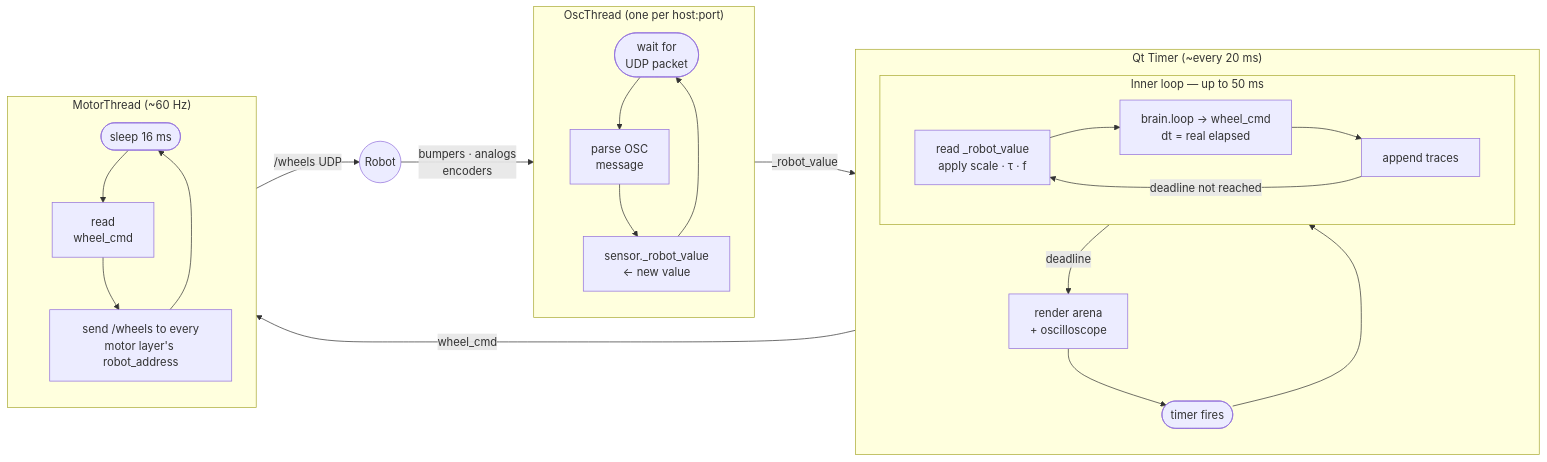
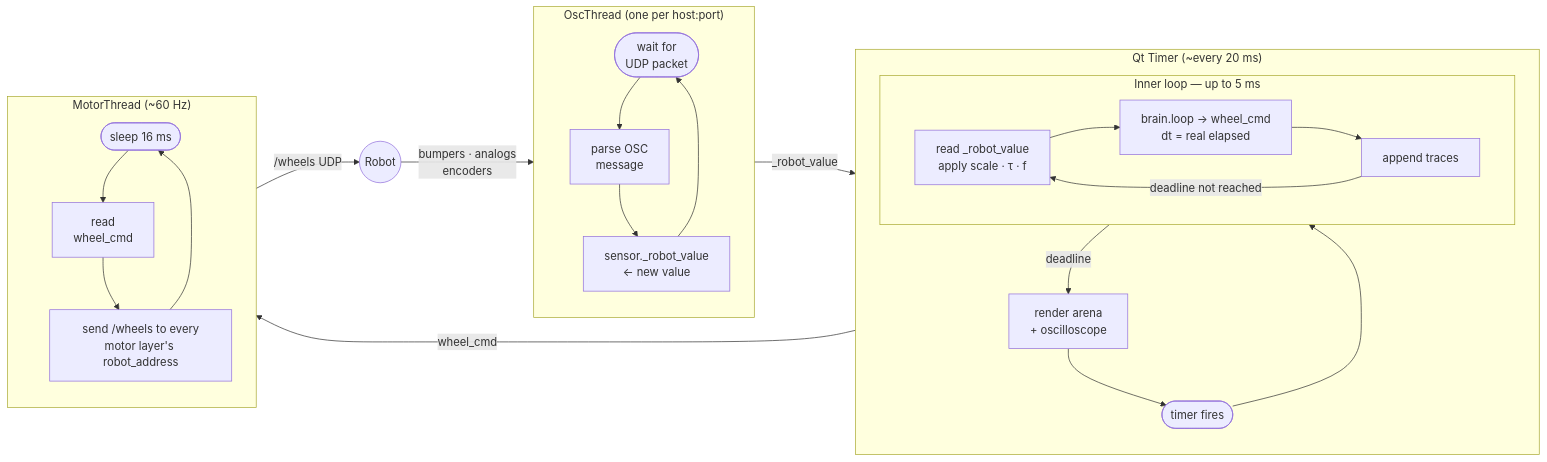
One commit to fchampalimaud/cf.lbp changed the second of 2 diagrams in simulation/docs/simulator/timing.md. Above: the diagram before and after it, drawn with Mermaid. The commit also changed other lines of this file and 10 other files, not shown here.

````diff
--- a/simulation/docs/simulator/timing.md
+++ b/simulation/docs/simulator/timing.md
@@ -43,33 +43,33 @@
 ```mermaid
 flowchart LR
     subgraph OSC ["OscThread  (one per host:port)"]
         direction TB
         O1([wait for\nUDP packet]) --> O2[parse OSC\nmessage]
         O2 --> O3[sensor._robot_value\n← new value]
         O3 --> O1
     end
 
     subgraph QT ["Qt Timer  (~every 20 ms)"]
         direction TB
         Q1([timer fires]) --> QL
-        subgraph QL [Inner loop — up to 50 ms]
+        subgraph QL [Inner loop — up to 5 ms]
             QR[read _robot_value\napply scale · τ · f] --> QN[brain.loop → wheel_cmd\ndt = real elapsed]
             QN --> QA[append traces]
             QA -->|deadline not reached| QR
         end
         QL -->|deadline| QD[render arena\n+ oscilloscope]
         QD --> Q1
     end
 
     subgraph MT ["MotorThread  (~60 Hz)"]
         direction TB
         M1([sleep 16 ms]) --> M2[read\nwheel_cmd]
         M2 --> M3[send /wheels to every\nmotor layer's robot_address]
         M3 --> M1
     end
 
     Robot((Robot)) -- bumpers · analogs\nencoders --> OSC
     OSC -- _robot_value --> QT
     QT -- wheel_cmd --> MT
     MT -- /wheels UDP --> Robot
 ```
````
